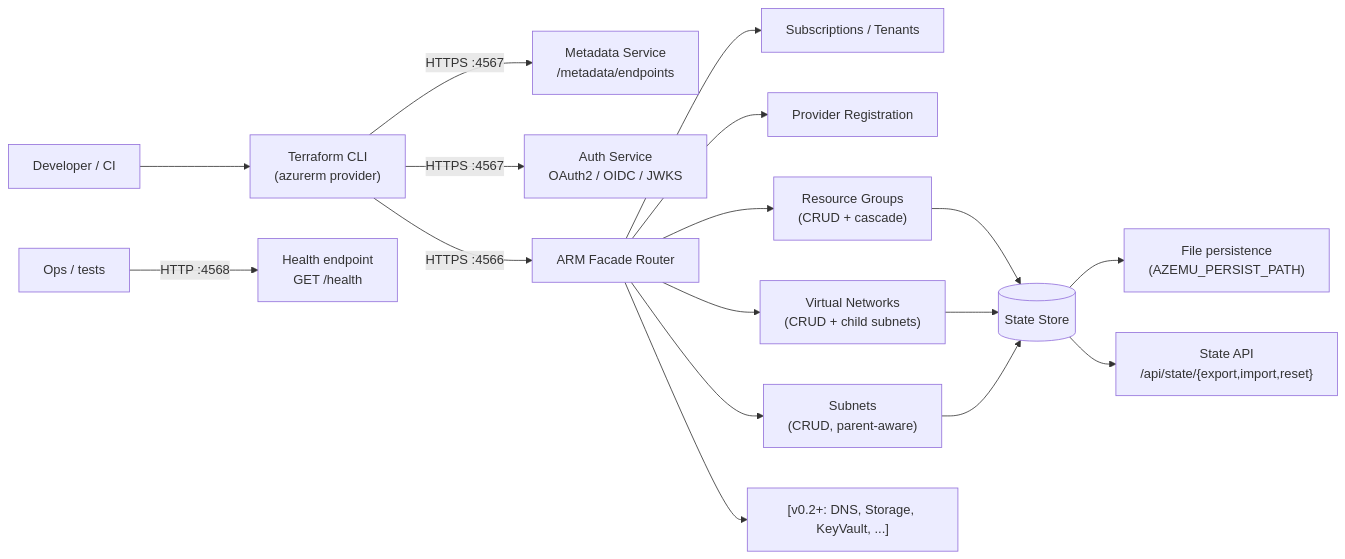
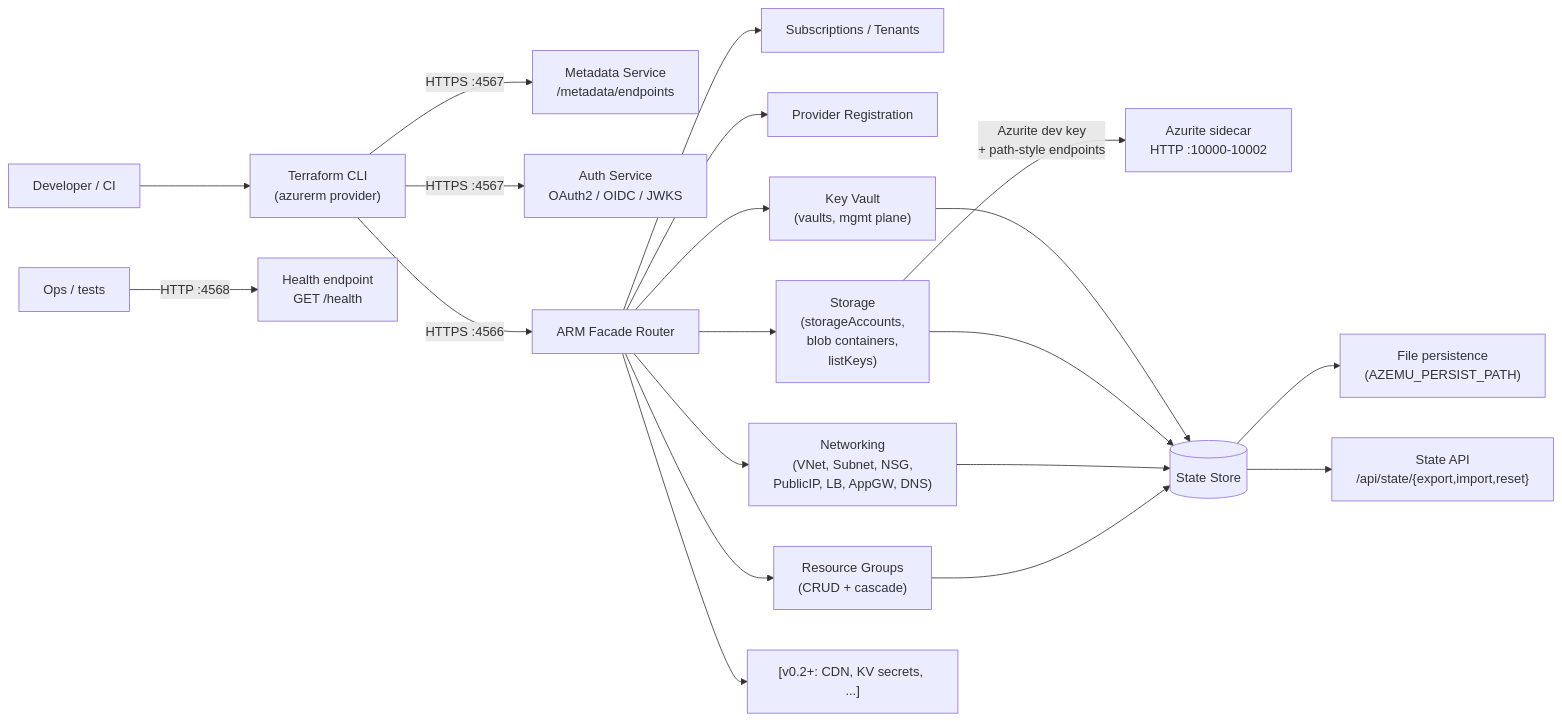
The diagram in docs/ARCHITECTURE.md (ZeroDeth/azemu), drawn with Mermaid before and after one commit. The commit also changed other lines of this file and 22 other files, not shown here.

First line of the commit message:
feat: Phase 7 Storage (Azurite delegation) + Key Vault management plane

````diff
--- a/docs/ARCHITECTURE.md
+++ b/docs/ARCHITECTURE.md
@@ -8,19 +8,22 @@
 ```mermaid
 flowchart LR
     dev["Developer / CI"] --> tf["Terraform CLI<br/>(azurerm provider)"]
     tf -->|"HTTPS :4567"| meta["Metadata Service<br/>/metadata/endpoints"]
     tf -->|"HTTPS :4567"| auth["Auth Service<br/>OAuth2 / OIDC / JWKS"]
     tf -->|"HTTPS :4566"| arm["ARM Facade Router"]
     arm --> subs["Subscriptions / Tenants"]
     arm --> prov["Provider Registration"]
     arm --> rg["Resource Groups<br/>(CRUD + cascade)"]
-    arm --> vnet["Virtual Networks<br/>(CRUD + child subnets)"]
-    arm --> sub["Subnets<br/>(CRUD, parent-aware)"]
-    arm --> planned["[v0.2+: DNS, Storage, KeyVault, ...]"]
+    arm --> net["Networking<br/>(VNet, Subnet, NSG,<br/>PublicIP, LB, AppGW, DNS)"]
+    arm --> storage["Storage<br/>(storageAccounts,<br/>blob containers,<br/>listKeys)"]
+    arm --> kv["Key Vault<br/>(vaults, mgmt plane)"]
+    arm --> planned["[v0.2+: CDN, KV secrets, ...]"]
+    storage -->|"Azurite dev key<br/>+ path-style endpoints"| azurite["Azurite sidecar<br/>HTTP :10000-10002"]
     rg --> store[("State Store")]
-    vnet --> store
-    sub --> store
+    net --> store
+    storage --> store
+    kv --> store
     store --> persist["File persistence<br/>(AZEMU_PERSIST_PATH)"]
     store --> api["State API<br/>/api/state/{export,import,reset}"]
     ops["Ops / tests"] -->|"HTTP :4568"| health["Health endpoint<br/>GET /health"]
 ```
````
